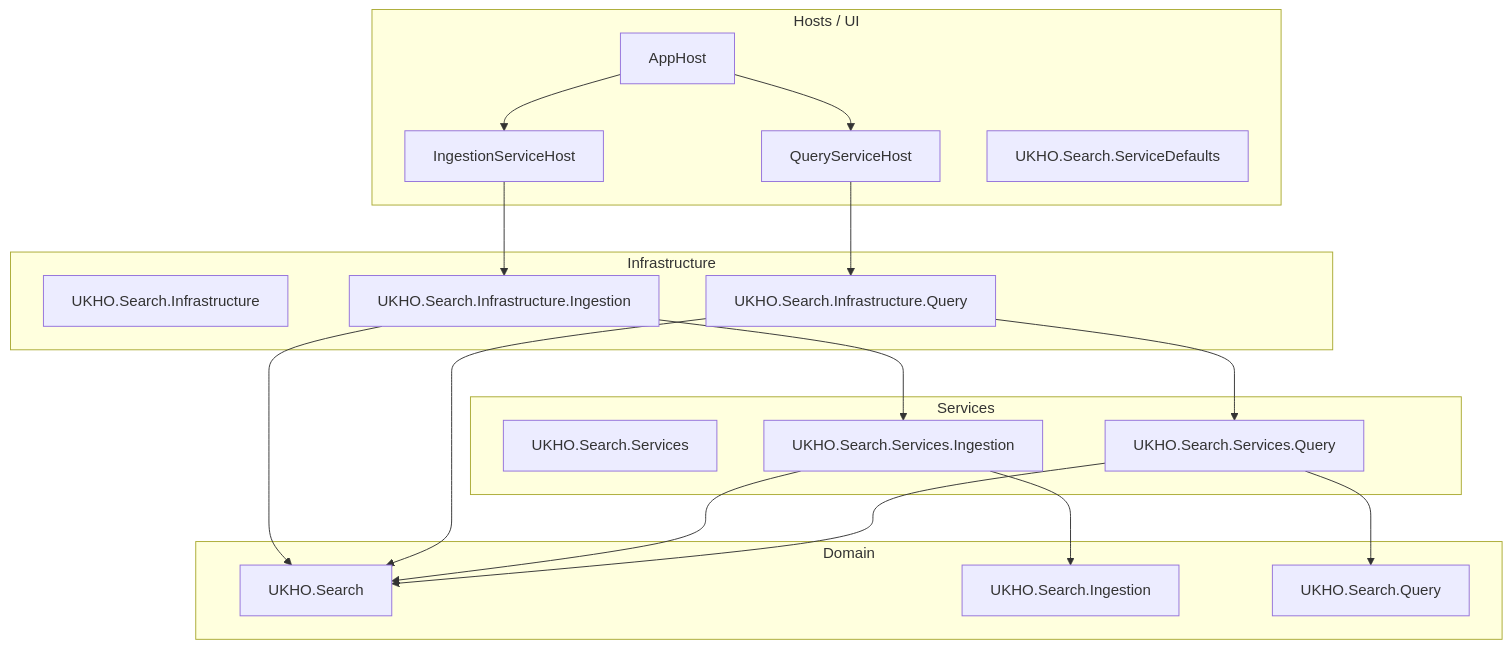
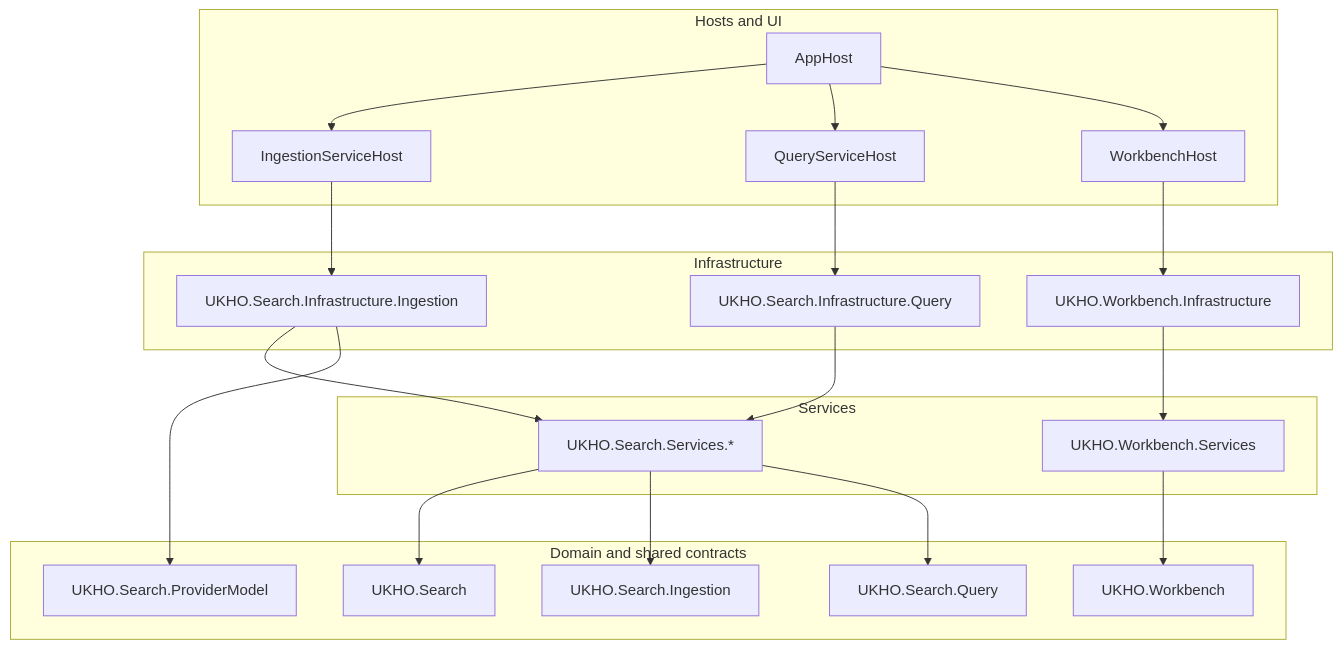
Before and after one commit to UKHO/UKHO.ADDS.Search: the first of 2 diagrams in wiki/Solution-Architecture.md, drawn with Mermaid. The commit also changed other lines of this file and 2892 other files, not shown here.

````diff
--- a/wiki/Solution-Architecture.md
+++ b/wiki/Solution-Architecture.md
@@ -13,40 +33,43 @@
 ```mermaid
 flowchart TB
-    subgraph Hosts[Hosts / UI]
+    subgraph HostsAndUi[Hosts and UI]
         AppHost[AppHost]
         IngestionHost[IngestionServiceHost]
         QueryHost[QueryServiceHost]
-        ServiceDefaults[UKHO.Search.ServiceDefaults]
+        WorkbenchHost[WorkbenchHost]
     end
 
     subgraph Infrastructure[Infrastructure]
-        InfraCore[UKHO.Search.Infrastructure]
         InfraIngestion[UKHO.Search.Infrastructure.Ingestion]
         InfraQuery[UKHO.Search.Infrastructure.Query]
+        WorkbenchInfra[UKHO.Workbench.Infrastructure]
     end
 
     subgraph Services[Services]
-        ServicesCore[UKHO.Search.Services]
-        ServicesIngestion[UKHO.Search.Services.Ingestion]
-        ServicesQuery[UKHO.Search.Services.Query]
+        SearchServices[UKHO.Search.Services.*]
+        WorkbenchServices[UKHO.Workbench.Services]
     end
 
-    subgraph Domain[Domain]
-        Search[UKHO.Search]
-        Ingestion[UKHO.Search.Ingestion]
-        Query[UKHO.Search.Query]
+    subgraph Domain[Domain and shared contracts]
+        SearchCore[UKHO.Search]
+        IngestionCore[UKHO.Search.Ingestion]
+        QueryCore[UKHO.Search.Query]
+        ProviderModel[UKHO.Search.ProviderModel]
+        WorkbenchCore[UKHO.Workbench]
     end
 
     AppHost --> IngestionHost
     AppHost --> QueryHost
+    AppHost --> WorkbenchHost
     IngestionHost --> InfraIngestion
     QueryHost --> InfraQuery
-    InfraIngestion --> ServicesIngestion
-    InfraQuery --> ServicesQuery
-    ServicesIngestion --> Ingestion
-    ServicesQuery --> Query
-    InfraIngestion --> Search
-    InfraQuery --> Search
-    ServicesIngestion --> Search
-    ServicesQuery --> Search
+    WorkbenchHost --> WorkbenchInfra
+    InfraIngestion --> SearchServices
+    InfraQuery --> SearchServices
+    WorkbenchInfra --> WorkbenchServices
+    SearchServices --> SearchCore
+    SearchServices --> IngestionCore
+    SearchServices --> QueryCore
+    InfraIngestion --> ProviderModel
+    WorkbenchServices --> WorkbenchCore
 ```
````
